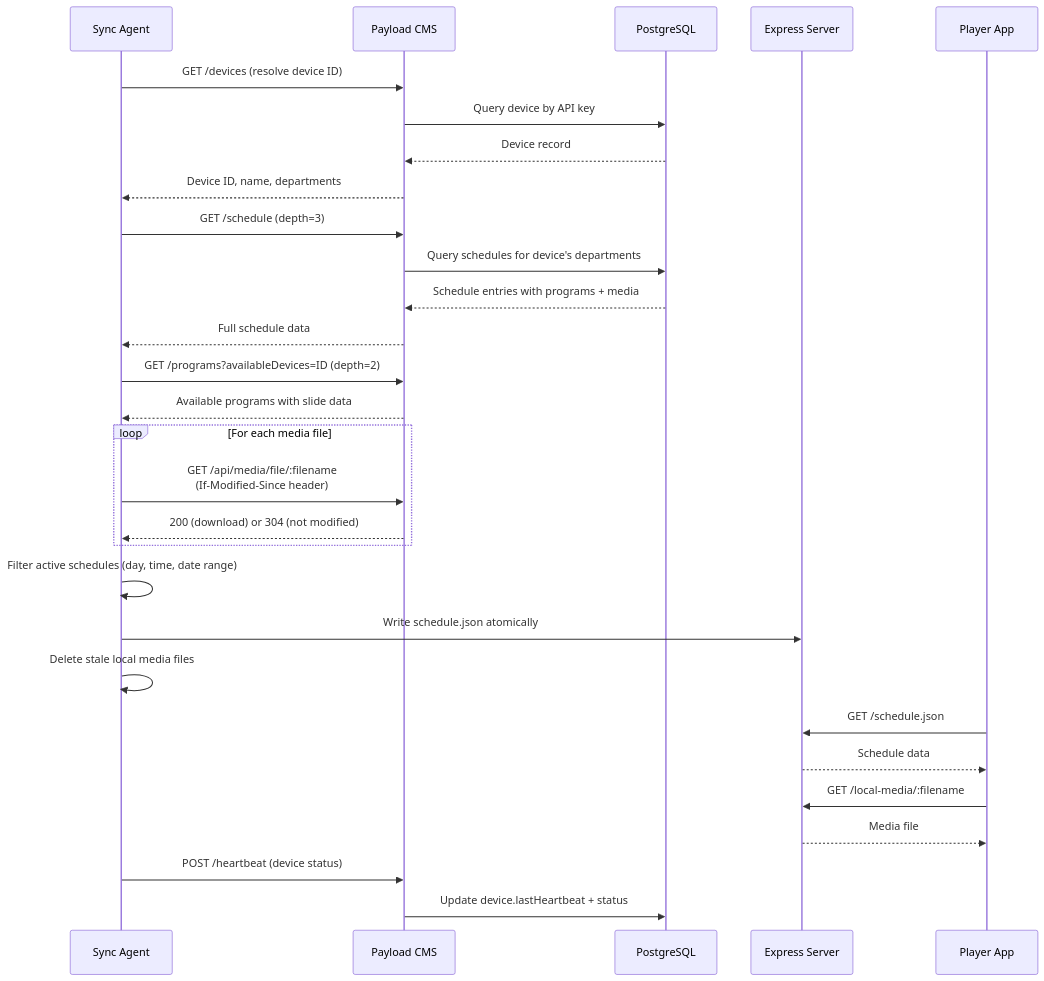
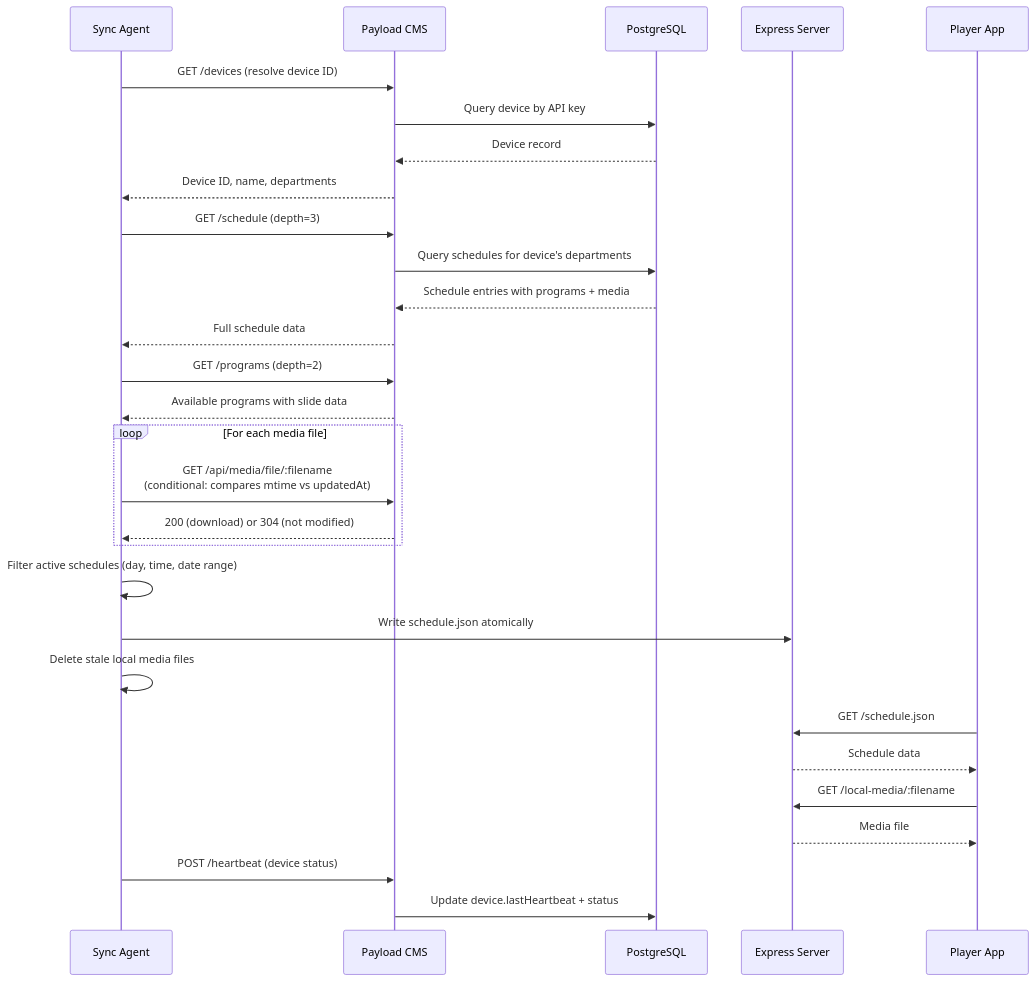
Before and after one commit to wrodie/peydx: the second of 9 diagrams in guides/ARCHITECTURE.md, drawn with Mermaid. The commit also changed other lines of this file and 5 other files, not shown here.

````diff
--- a/guides/ARCHITECTURE.md
+++ b/guides/ARCHITECTURE.md
@@ -95,38 +95,38 @@
 ```mermaid
 sequenceDiagram
     participant SA as Sync Agent
     participant CMS as Payload CMS
     participant DB as PostgreSQL
     participant PX as Express Server
     participant PL as Player App
 
     SA->>CMS: GET /devices (resolve device ID)
     CMS->>DB: Query device by API key
     DB-->>CMS: Device record
     CMS-->>SA: Device ID, name, departments
 
     SA->>CMS: GET /schedule (depth=3)
     CMS->>DB: Query schedules for device's departments
     DB-->>CMS: Schedule entries with programs + media
     CMS-->>SA: Full schedule data
 
-    SA->>CMS: GET /programs?availableDevices=ID (depth=2)
+    SA->>CMS: GET /programs (depth=2)
     CMS-->>SA: Available programs with slide data
 
     loop For each media file
-        SA->>CMS: GET /api/media/file/:filename<br/>(If-Modified-Since header)
+        SA->>CMS: GET /api/media/file/:filename<br/>(conditional: compares mtime vs updatedAt)
         CMS-->>SA: 200 (download) or 304 (not modified)
     end
 
     SA->>SA: Filter active schedules (day, time, date range)
     SA->>PX: Write schedule.json atomically
     SA->>SA: Delete stale local media files
 
     PL->>PX: GET /schedule.json
     PX-->>PL: Schedule data
     PL->>PX: GET /local-media/:filename
     PX-->>PL: Media file
 
     SA->>CMS: POST /heartbeat (device status)
     CMS->>DB: Update device.lastHeartbeat + status
 ```
````
